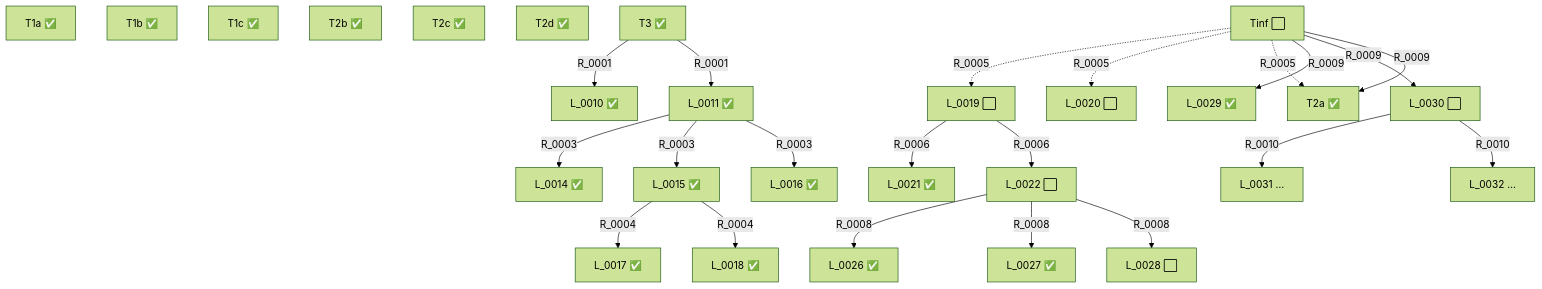
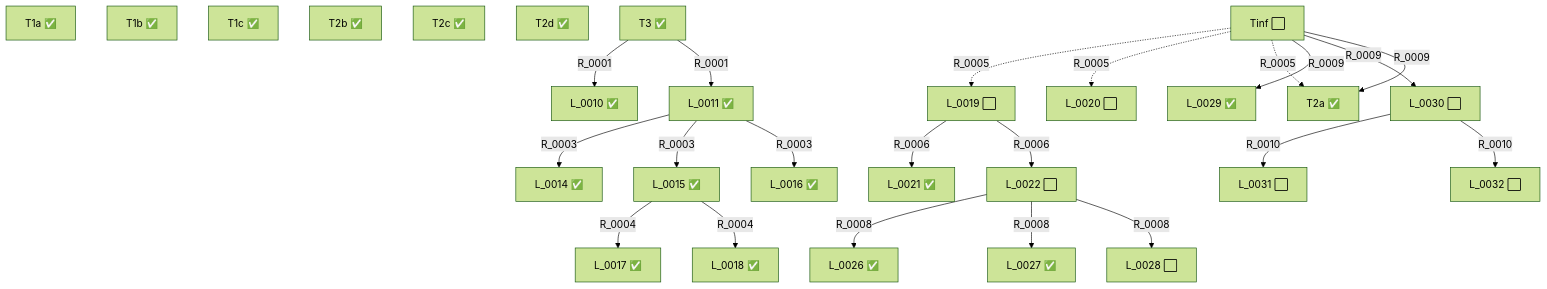
One commit to ruca-maths/nickel changed the diagram in STATUS.md. Above: the diagram before and after it, drawn with Mermaid (forest theme). The commit also changed other lines of this file and 3 other files, not shown here.

Commit message:
architect-1: Proofs.R_0010 を受理

````diff
--- a/STATUS.md
+++ b/STATUS.md
@@ -45,50 +45,50 @@
 ```mermaid
 graph TD
   L_0001["T1a ✅"]
   L_0002["T1b ✅"]
   L_0003["T1c ✅"]
   L_0004["T2a ✅"]
   L_0005["T2b ✅"]
   L_0006["T2c ✅"]
   L_0007["T2d ✅"]
   L_0008["T3 ✅"]
   L_0009["Tinf ⬜"]
   L_0010["L_0010 ✅"]
   L_0011["L_0011 ✅"]
   L_0014["L_0014 ✅"]
   L_0015["L_0015 ✅"]
   L_0016["L_0016 ✅"]
   L_0017["L_0017 ✅"]
   L_0018["L_0018 ✅"]
   L_0019["L_0019 ⬜"]
   L_0020["L_0020 ⬜"]
   L_0021["L_0021 ✅"]
   L_0022["L_0022 ⬜"]
   L_0026["L_0026 ✅"]
   L_0027["L_0027 ✅"]
   L_0028["L_0028 ⬜"]
   L_0029["L_0029 ✅"]
   L_0030["L_0030 ⬜"]
-  L_0031["L_0031 …"]
-  L_0032["L_0032 …"]
+  L_0031["L_0031 ⬜"]
+  L_0032["L_0032 ⬜"]
   L_0008 -->|R_0001| L_0010
   L_0008 -->|R_0001| L_0011
   L_0011 -->|R_0003| L_0014
   L_0011 -->|R_0003| L_0015
   L_0011 -->|R_0003| L_0016
   L_0015 -->|R_0004| L_0017
   L_0015 -->|R_0004| L_0018
   L_0009 -.->|R_0005| L_0019
   L_0009 -.->|R_0005| L_0020
   L_0009 -.->|R_0005| L_0004
   L_0019 -->|R_0006| L_0021
   L_0019 -->|R_0006| L_0022
   L_0022 -->|R_0008| L_0026
   L_0022 -->|R_0008| L_0027
   L_0022 -->|R_0008| L_0028
   L_0009 -->|R_0009| L_0029
   L_0009 -->|R_0009| L_0030
   L_0009 -->|R_0009| L_0004
   L_0030 -->|R_0010| L_0031
   L_0030 -->|R_0010| L_0032
 ```
````
